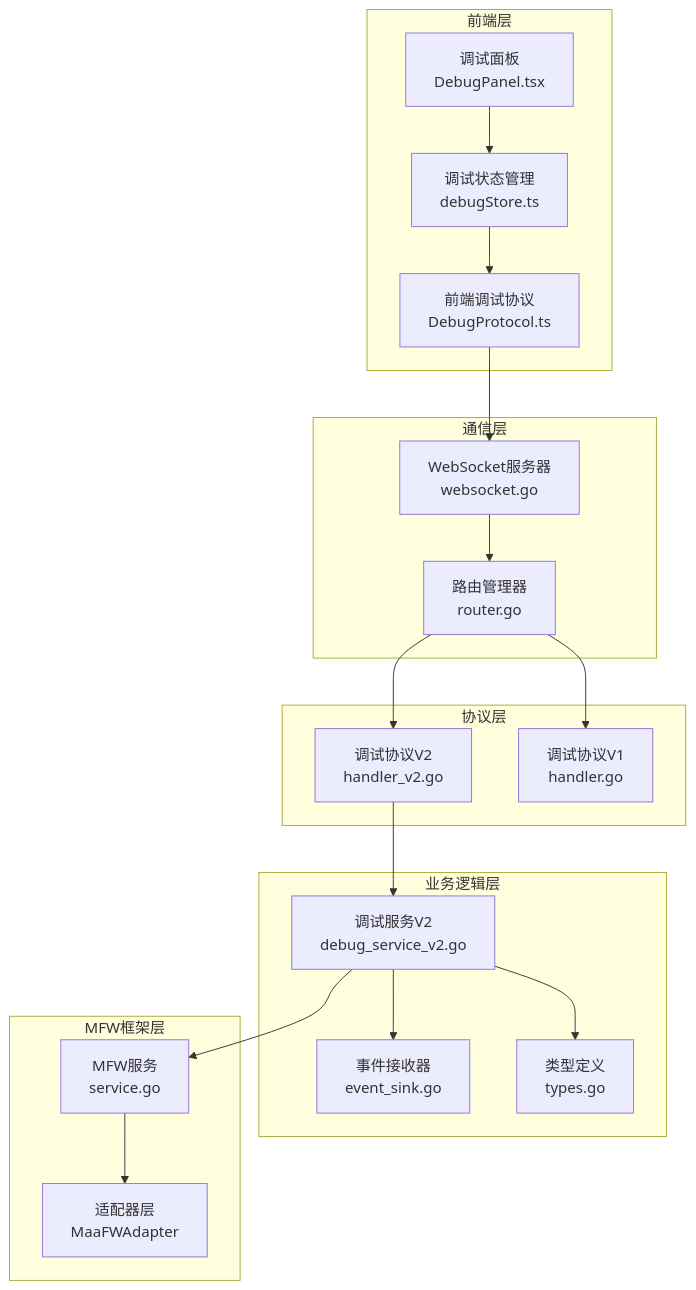
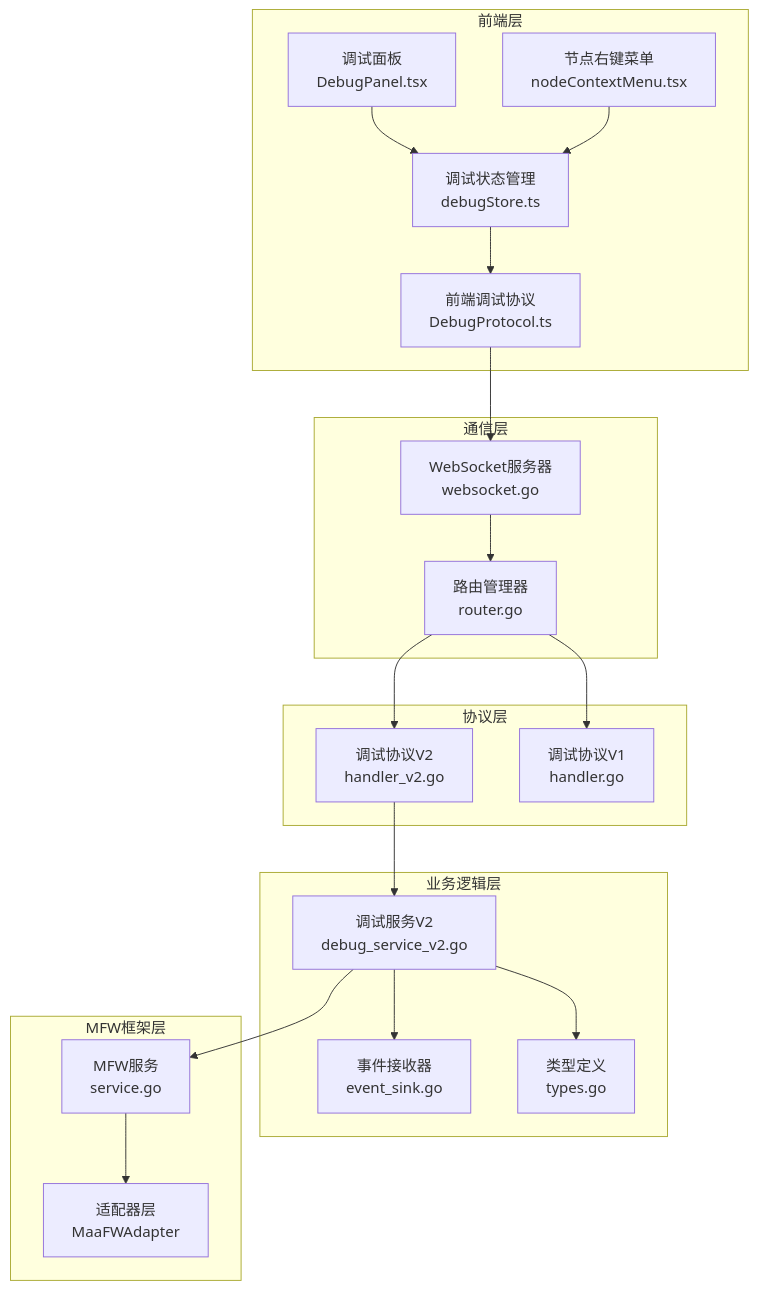
Before and after one commit to kqcoxn/MaaPipelineEditor: the first of 11 diagrams in .qoder/repowiki/zh/content/核心概念/调试协议 V2.md, drawn with Mermaid. The commit also changed other lines of this file and 23 other files, not shown here.

````diff
--- a/.qoder/repowiki/zh/content/核心概念/调试协议 V2.md
+++ b/.qoder/repowiki/zh/content/核心概念/调试协议 V2.md
@@ -49,36 +50,38 @@
 ```mermaid
 graph TB
 subgraph "前端层"
 FP[前端调试协议<br/>DebugProtocol.ts]
 FS[调试状态管理<br/>debugStore.ts]
 DP[调试面板<br/>DebugPanel.tsx]
+NCM[节点右键菜单<br/>nodeContextMenu.tsx]
 end
 subgraph "通信层"
 WS[WebSocket服务器<br/>websocket.go]
 RM[路由管理器<br/>router.go]
 end
 subgraph "协议层"
 DHV2[调试协议V2<br/>handler_v2.go]
 DHV1[调试协议V1<br/>handler.go]
 end
 subgraph "业务逻辑层"
 DSV2[调试服务V2<br/>debug_service_v2.go]
 ES[事件接收器<br/>event_sink.go]
 TS[类型定义<br/>types.go]
 end
 subgraph "MFW框架层"
 SVC[MFW服务<br/>service.go]
 ADP[适配器层<br/>MaaFWAdapter]
 end
 FP --> WS
 FS --> FP
 DP --> FS
+NCM --> FS
 WS --> RM
 RM --> DHV2
 RM --> DHV1
 DHV2 --> DSV2
 DSV2 --> ES
 DSV2 --> TS
 DSV2 --> SVC
 SVC --> ADP
 ```
````
